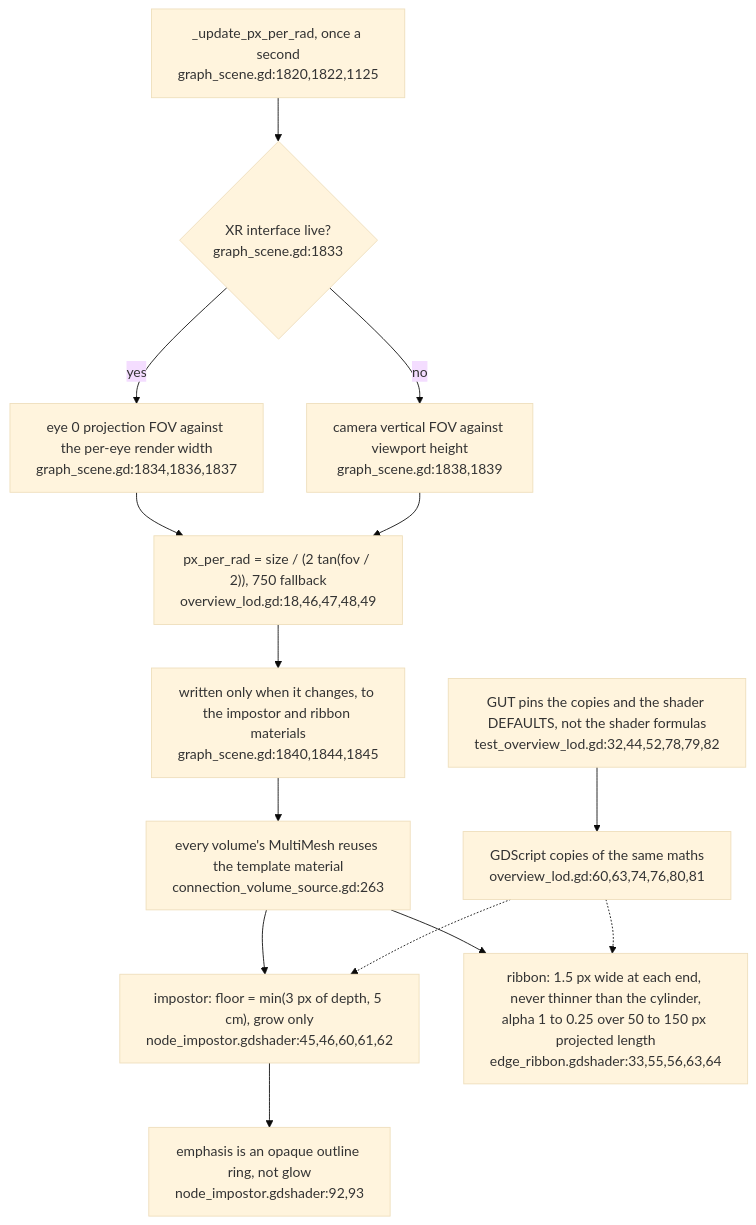
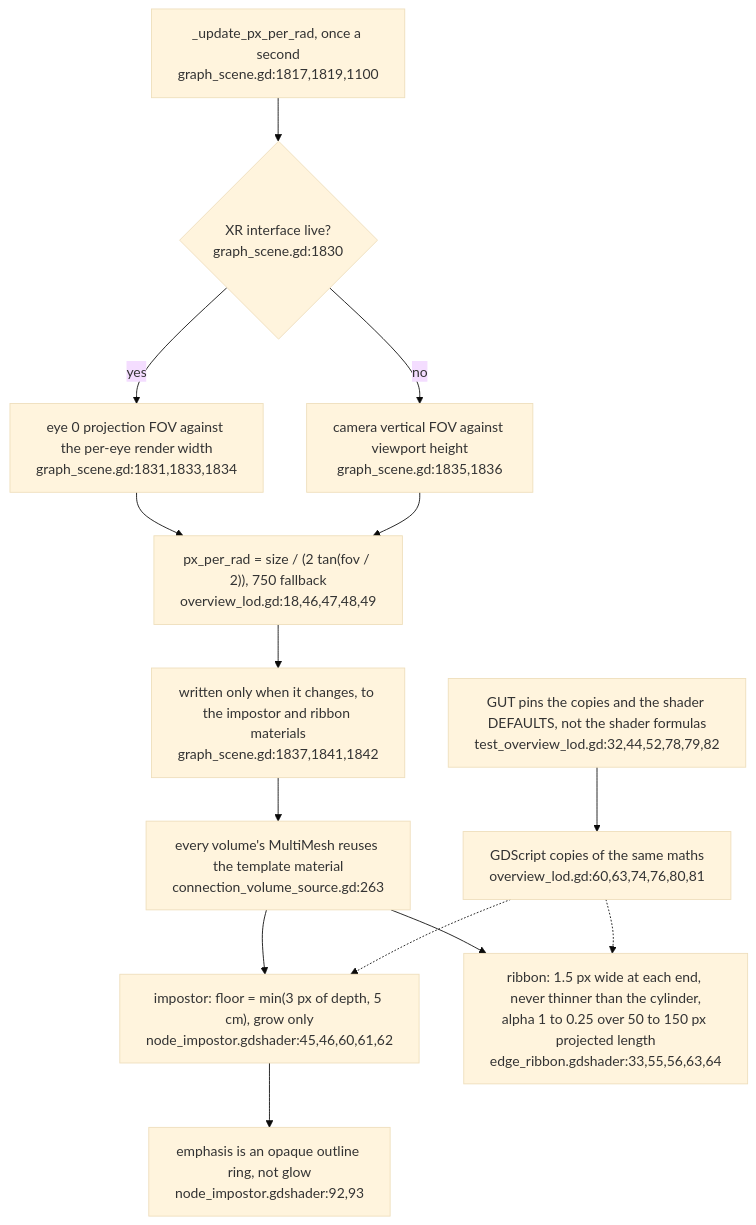
One commit to DreamLab-AI/VisionFlow changed the sixth of 8 diagrams in docs/diagrams/visionclaw/51-xr-visual-budget-and-engine-gates.md. Above: the diagram before and after it, drawn with Mermaid (base theme). The commit also changed other lines of this file and 24 other files, not shown here.

Commit message:
docs: align XR liveness, filtering and rendering diagrams (#33)

````diff
--- a/docs/diagrams/visionclaw/51-xr-visual-budget-and-engine-gates.md
+++ b/docs/diagrams/visionclaw/51-xr-visual-budget-and-engine-gates.md
@@ -122,16 +122,16 @@
 ```mermaid
 flowchart TD
-    POLL["_update_px_per_rad, once a second<br/>graph_scene.gd:1820,1822,1125"] --> XR{"XR interface live?<br/>graph_scene.gd:1833"}
-    XR -->|yes| EYE["eye 0 projection FOV against the per-eye render width<br/>graph_scene.gd:1834,1836,1837"]
-    XR -->|no| DESK["camera vertical FOV against viewport height<br/>graph_scene.gd:1838,1839"]
+    POLL["_update_px_per_rad, once a second<br/>graph_scene.gd:1817,1819,1100"] --> XR{"XR interface live?<br/>graph_scene.gd:1830"}
+    XR -->|yes| EYE["eye 0 projection FOV against the per-eye render width<br/>graph_scene.gd:1831,1833,1834"]
+    XR -->|no| DESK["camera vertical FOV against viewport height<br/>graph_scene.gd:1835,1836"]
     EYE --> PPR["px_per_rad = size / (2 tan(fov / 2)), 750 fallback<br/>overview_lod.gd:18,46,47,48,49"]
     DESK --> PPR
-    PPR --> MAT["written only when it changes, to the impostor and ribbon materials<br/>graph_scene.gd:1840,1844,1845"]
+    PPR --> MAT["written only when it changes, to the impostor and ribbon materials<br/>graph_scene.gd:1837,1841,1842"]
     MAT --> SHARE["every volume's MultiMesh reuses the template material<br/>connection_volume_source.gd:263"]
     SHARE --> IMP["impostor: floor = min(3 px of depth, 5 cm), grow only<br/>node_impostor.gdshader:45,46,60,61,62"]
     SHARE --> RIB["ribbon: 1.5 px wide at each end, never thinner than the cylinder,<br/>alpha 1 to 0.25 over 50 to 150 px projected length<br/>edge_ribbon.gdshader:33,55,56,63,64"]
     IMP --> EMPH["emphasis is an opaque outline ring, not glow<br/>node_impostor.gdshader:92,93"]
     MIRROR["GDScript copies of the same maths<br/>overview_lod.gd:60,63,74,76,80,81"] -.-> IMP
     MIRROR -.-> RIB
     PIN["GUT pins the copies and the shader DEFAULTS, not the shader formulas<br/>test_overview_lod.gd:32,44,52,78,79,82"] --> MIRROR
 ```
````
